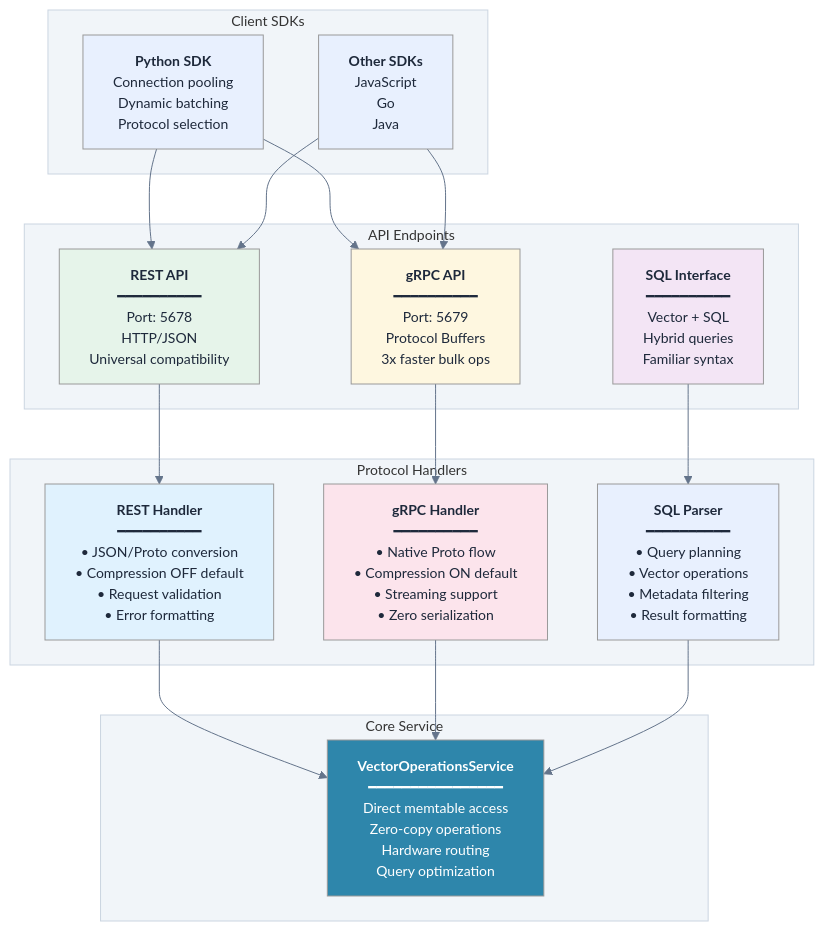
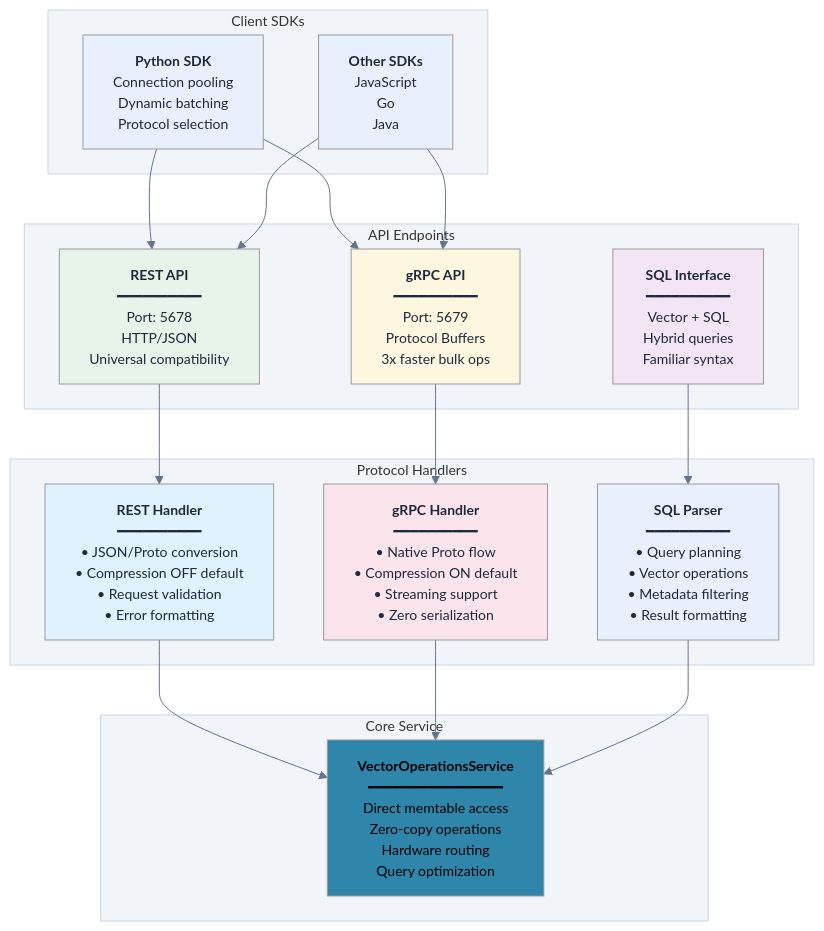
Before and after one commit to vjsingh1984/proximaDB: the diagram in docs/diagrams/api-protocols-abstract.mmd, drawn with Mermaid. The commit also changed 33 other files, not shown here.

First line of the commit message:
fix: resolve test compilation errors and improve diagram rendering

```diff
--- a/docs/diagrams/api-protocols-abstract.mmd
+++ b/docs/diagrams/api-protocols-abstract.mmd
@@ -1,49 +1,49 @@
 %%{init: {"theme":"neutral", "themeVariables": {"primaryColor":"#2563eb","primaryTextColor":"#ffffff","primaryBorderColor":"#1e40af","lineColor":"#64748b","secondaryColor":"#10b981","secondaryTextColor":"#ffffff","tertiaryColor":"#f59e0b","tertiaryTextColor":"#ffffff","background":"transparent","mainBkg":"#ffffff","secondBkg":"#f8fafc","textColor":"#1e293b","nodeTextColor":"#1e293b","fontFamily":"-apple-system, BlinkMacSystemFont, Segoe UI, Roboto, sans-serif","fontSize":"14px","clusterBkg":"#f1f5f9","clusterBorder":"#cbd5e1","edgeLabelBackground":"#ffffff"}}}%%
 graph TB
     subgraph "Client SDKs"
         Python[<b>Python SDK</b><br/>Connection pooling<br/>Dynamic batching<br/>Protocol selection]
         Other[<b>Other SDKs</b><br/>JavaScript<br/>Go<br/>Java]
     end
     
     subgraph "API Endpoints"
         REST[<b>REST API</b><br/>━━━━━━━━━━<br/>Port: 5678<br/>HTTP/JSON<br/>Universal compatibility]
         
         GRPC[<b>gRPC API</b><br/>━━━━━━━━━━<br/>Port: 5679<br/>Protocol Buffers<br/>3x faster bulk ops]
         
         SQL[<b>SQL Interface</b><br/>━━━━━━━━━━<br/>Vector + SQL<br/>Hybrid queries<br/>Familiar syntax]
     end
     
     subgraph "Protocol Handlers"
         RestHandler[<b>REST Handler</b><br/>━━━━━━━━━━<br/>• JSON/Proto conversion<br/>• Compression OFF default<br/>• Request validation<br/>• Error formatting]
         
         GrpcHandler[<b>gRPC Handler</b><br/>━━━━━━━━━━<br/>• Native Proto flow<br/>• Compression ON default<br/>• Streaming support<br/>• Zero serialization]
         
         SqlHandler[<b>SQL Parser</b><br/>━━━━━━━━━━<br/>• Query planning<br/>• Vector operations<br/>• Metadata filtering<br/>• Result formatting]
     end
     
     subgraph "Core Service"
         VOS[<b>VectorOperationsService</b><br/>━━━━━━━━━━━━━━━━<br/>Direct memtable access<br/>Zero-copy operations<br/>Hardware routing<br/>Query optimization]
     end
     
     Python --> REST
     Python --> GRPC
     Other --> REST
     Other --> GRPC
     
     REST --> RestHandler
     GRPC --> GrpcHandler
     SQL --> SqlHandler
     
     RestHandler --> VOS
     GrpcHandler --> VOS
     SqlHandler --> VOS
     
     style Python fill:#e8f0fe
     style Other fill:#e8f0fe
     style REST fill:#e6f4ea
     style GRPC fill:#fef7e0
     style SQL fill:#f3e5f5
     style RestHandler fill:#e0f2fe
     style GrpcHandler fill:#fce4ec
     style SqlHandler fill:#e8f0fe
-    style VOS fill:#2E86AB,color:#fff
+    style VOS fill:#2E86AB,color:#000000
```
